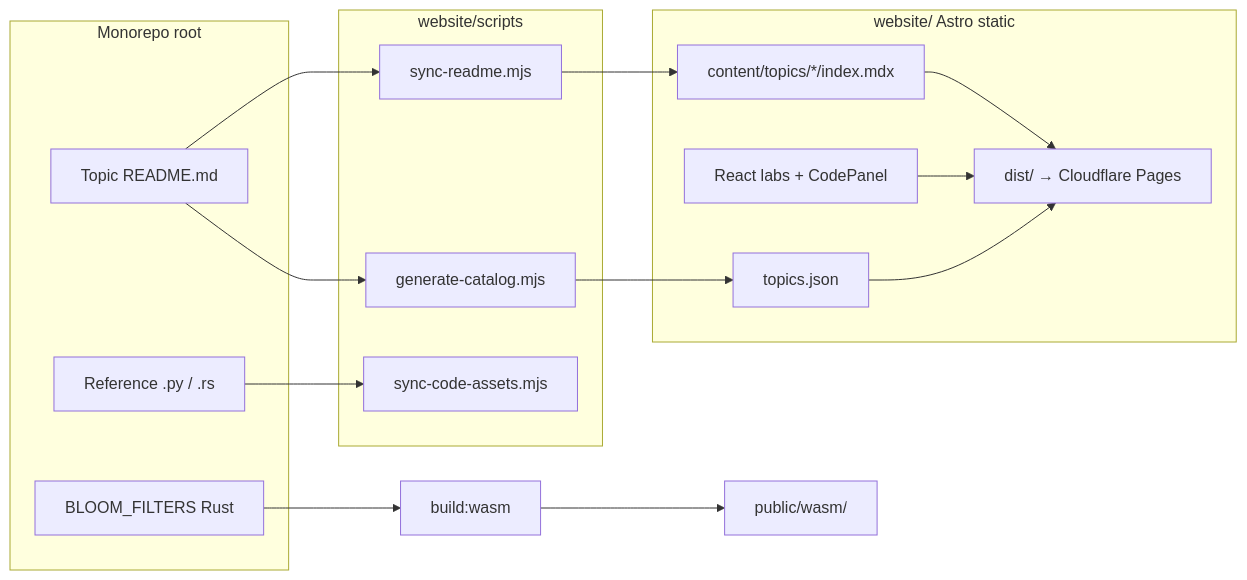
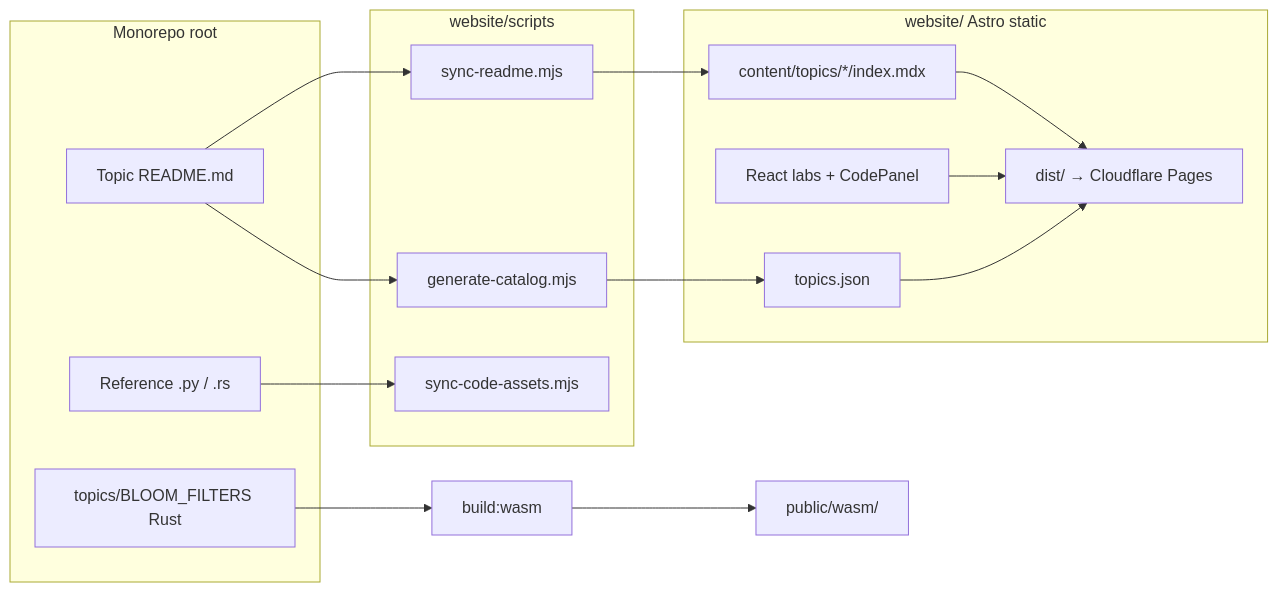
Before and after one commit to 07AMIT10/chaitra: the diagram in website/README.md, drawn with Mermaid. The commit also changed other lines of this file and 93 other files, not shown here.

````diff
--- a/website/README.md
+++ b/website/README.md
@@ -78,27 +78,27 @@
 ```mermaid
 flowchart LR
   subgraph repo [Monorepo root]
     README[Topic README.md]
     PY[Reference .py / .rs]
-    WASM_SRC[BLOOM_FILTERS Rust]
+    WASM_SRC[topics/BLOOM_FILTERS Rust]
   end
   subgraph scripts [website/scripts]
     CATALOG[generate-catalog.mjs]
     SYNC_R[sync-readme.mjs]
     SYNC_C[sync-code-assets.mjs]
   end
   subgraph site [website/ Astro static]
     MDX[content/topics/*/index.mdx]
     DATA[topics.json]
     REACT[React labs + CodePanel]
     DIST[dist/ → Cloudflare Pages]
   end
   README --> SYNC_R --> MDX
   README --> CATALOG --> DATA
   PY --> SYNC_C
   WASM_SRC --> BUILD_WASM[build:wasm]
   BUILD_WASM --> PUBLIC[public/wasm/]
   MDX --> DIST
   REACT --> DIST
   DATA --> DIST
 ```
````
